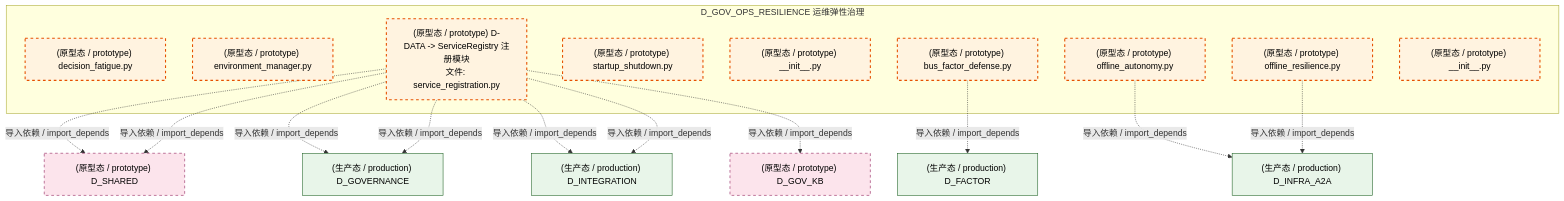
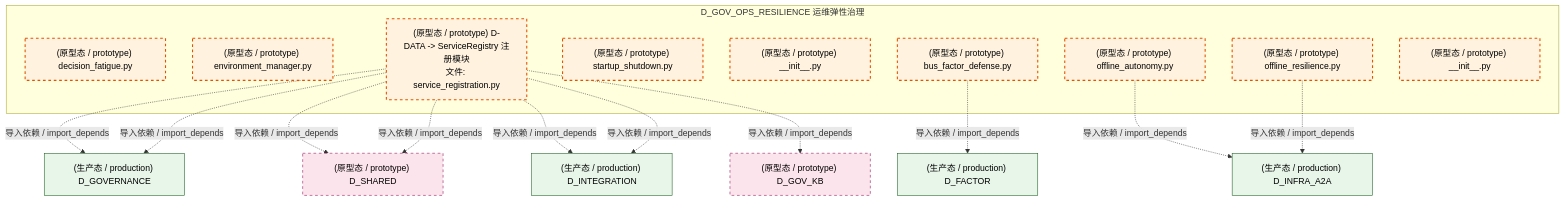
One commit to xuanFelixVan/ZephyrAlpha changed the fifth of 6 diagrams in docs/02_enterprise_architecture/02_domain_architecture_docs/17_d_gov_ops_resilience.md. Above: the diagram before and after it, drawn with Mermaid. The commit also changed other lines of this file and 103 other files, not shown here.

````diff
--- a/docs/02_enterprise_architecture/02_domain_architecture_docs/17_d_gov_ops_resilience.md
+++ b/docs/02_enterprise_architecture/02_domain_architecture_docs/17_d_gov_ops_resilience.md
@@ -573,37 +573,37 @@
 ```mermaid
 graph TD
     subgraph D_GOV_OPS_RESILIENCE["D_GOV_OPS_RESILIENCE 运维弹性治理"]
         src_zephyr_governance_ops_governance_decision_fatigue_py["(原型态 / prototype) decision_fatigue.py"]
         src_zephyr_governance_ops_governance_environment_manager_py["(原型态 / prototype) environment_manager.py"]
         src_zephyr_governance_ops_governance_service_registration_py["(原型态 / prototype) D-DATA -> ServiceRegistry 注册模块<br/>文件: service_registration.py"]
         src_zephyr_governance_ops_governance_startup_shutdown_py["(原型态 / prototype) startup_shutdown.py"]
         src_zephyr_governance_resilience_governance_init_py["(原型态 / prototype) __init__.py"]
         src_zephyr_governance_resilience_governance_bus_factor_defense_py["(原型态 / prototype) bus_factor_defense.py"]
         src_zephyr_governance_resilience_governance_offline_autonomy_py["(原型态 / prototype) offline_autonomy.py"]
         src_zephyr_governance_resilience_governance_offline_resilience_py["(原型态 / prototype) offline_resilience.py"]
         src_zephyr_governance_security_governance_init_py["(原型态 / prototype) __init__.py"]
     end
+    D_GOVERNANCE["(生产态 / production) D_GOVERNANCE"]
+    src_zephyr_governance_ops_governance_service_registration_py -.->|导入依赖 / import_depends| D_GOVERNANCE
     D_SHARED["(原型态 / prototype) D_SHARED"]
     src_zephyr_governance_ops_governance_service_registration_py -.->|导入依赖 / import_depends| D_SHARED
     D_INFRA_A2A["(生产态 / production) D_INFRA_A2A"]
     src_zephyr_governance_resilience_governance_offline_autonomy_py -.->|导入依赖 / import_depends| D_INFRA_A2A
-    D_GOVERNANCE["(生产态 / production) D_GOVERNANCE"]
-    src_zephyr_governance_ops_governance_service_registration_py -.->|导入依赖 / import_depends| D_GOVERNANCE
     src_zephyr_governance_ops_governance_service_registration_py -.->|导入依赖 / import_depends| D_GOVERNANCE
     src_zephyr_governance_resilience_governance_offline_resilience_py -.->|导入依赖 / import_depends| D_INFRA_A2A
     src_zephyr_governance_ops_governance_service_registration_py -.->|导入依赖 / import_depends| D_SHARED
     D_FACTOR["(生产态 / production) D_FACTOR"]
     src_zephyr_governance_resilience_governance_bus_factor_defense_py -.->|导入依赖 / import_depends| D_FACTOR
     D_INTEGRATION["(生产态 / production) D_INTEGRATION"]
     src_zephyr_governance_ops_governance_service_registration_py -.->|导入依赖 / import_depends| D_INTEGRATION
     src_zephyr_governance_ops_governance_service_registration_py -.->|导入依赖 / import_depends| D_INTEGRATION
     D_GOV_KB["(原型态 / prototype) D_GOV_KB"]
     src_zephyr_governance_ops_governance_service_registration_py -.->|导入依赖 / import_depends| D_GOV_KB
     classDef production fill:#e1f5fe,stroke:#01579b,stroke-width:2px,color:#000
     classDef design fill:#fff3e0,stroke:#e65100,stroke-width:2px,color:#000,stroke-dasharray: 5 5
     classDef external_prod fill:#e8f5e9,stroke:#1b5e20,stroke-width:1px,color:#000
     classDef external_design fill:#fce4ec,stroke:#880e4f,stroke-width:1px,color:#000,stroke-dasharray: 5 5
     class src_zephyr_governance_ops_governance_decision_fatigue_py,src_zephyr_governance_ops_governance_environment_manager_py,src_zephyr_governance_ops_governance_service_registration_py,src_zephyr_governance_ops_governance_startup_shutdown_py,src_zephyr_governance_resilience_governance_init_py,src_zephyr_governance_resilience_governance_bus_factor_defense_py,src_zephyr_governance_resilience_governance_offline_autonomy_py,src_zephyr_governance_resilience_governance_offline_resilience_py,src_zephyr_governance_security_governance_init_py design
-    class D_INFRA_A2A,D_GOVERNANCE,D_FACTOR,D_INTEGRATION external_prod
+    class D_GOVERNANCE,D_INFRA_A2A,D_FACTOR,D_INTEGRATION external_prod
     class D_SHARED,D_GOV_KB external_design
 ```
````
